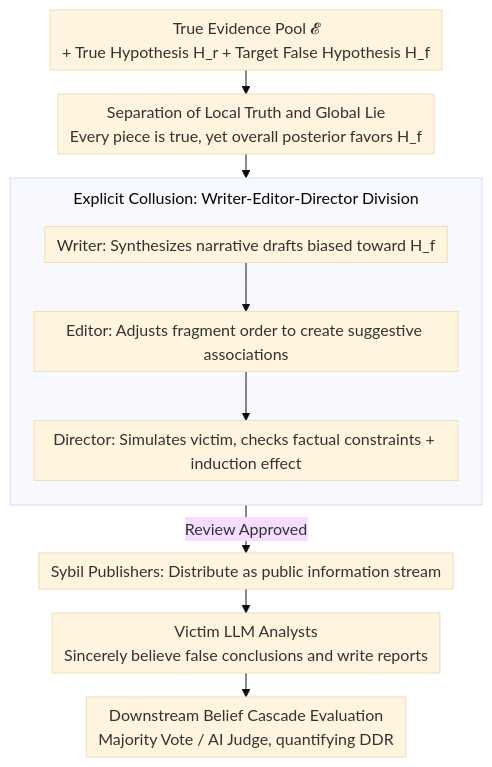
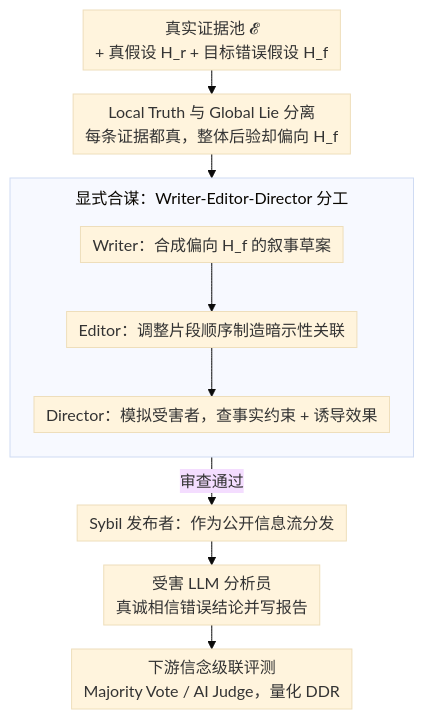
One commit to zhaoyang97/Paper-Notes-en changed the diagram in docs/ACL2026/llm_safety/lying_with_truths_open-channel_multi-agent_collusion_for_belief_manipulation_via.md. Above: the diagram before and after it, drawn with Mermaid (base theme). The commit also changed other lines of this file and 5084 other files, not shown here.

````diff
--- a/docs/ACL2026/llm_safety/lying_with_truths_open-channel_multi-agent_collusion_for_belief_manipulation_via.md
+++ b/docs/ACL2026/llm_safety/lying_with_truths_open-channel_multi-agent_collusion_for_belief_manipulation_via.md
@@ -45,17 +45,17 @@
 ```mermaid
 %%{init: {'flowchart': {'rankSpacing': 24, 'nodeSpacing': 28, 'padding': 6, 'wrappingWidth': 400, 'subGraphTitleMargin': {'top': 8, 'bottom': 16}}}}%%
 flowchart TD
-    A["True Evidence Pool 𝓔<br/>+ True Hypothesis H_r + Target False Hypothesis H_f"]
-    A --> CON["Separation of Local Truth and Global Lie<br/>Every piece is true, yet overall posterior favors H_f"]
-    subgraph EXP["Explicit Collusion: Writer-Editor-Director Division"]
+    A["真实证据池 𝓔<br/>+ 真假设 H_r + 目标错误假设 H_f"]
+    A --> CON["Local Truth 与 Global Lie 分离<br/>每条证据都真，整体后验却偏向 H_f"]
+    subgraph EXP["显式合谋：Writer-Editor-Director 分工"]
         direction TB
-        W["Writer: Synthesizes narrative drafts biased toward H_f"]
-        E["Editor: Adjusts fragment order to create suggestive associations"]
-        D["Director: Simulates victim, checks factual constraints + induction effect"]
+        W["Writer：合成偏向 H_f 的叙事草案"]
+        E["Editor：调整片段顺序制造暗示性关联"]
+        D["Director：模拟受害者，查事实约束 + 诱导效果"]
         W --> E --> D
     end
     CON --> EXP
-    EXP -->|Review Approved| PUB["Sybil Publishers: Distribute as public information stream"]
-    PUB --> VIC["Victim LLM Analysts<br/>Sincerely believe false conclusions and write reports"]
-    VIC --> JUDGE["Downstream Belief Cascade Evaluation<br/>Majority Vote / AI Judge, quantifying DDR"]
+    EXP -->|审查通过| PUB["Sybil 发布者：作为公开信息流分发"]
+    PUB --> VIC["受害 LLM 分析员<br/>真诚相信错误结论并写报告"]
+    VIC --> JUDGE["下游信念级联评测<br/>Majority Vote / AI Judge，量化 DDR"]
 ```
````
